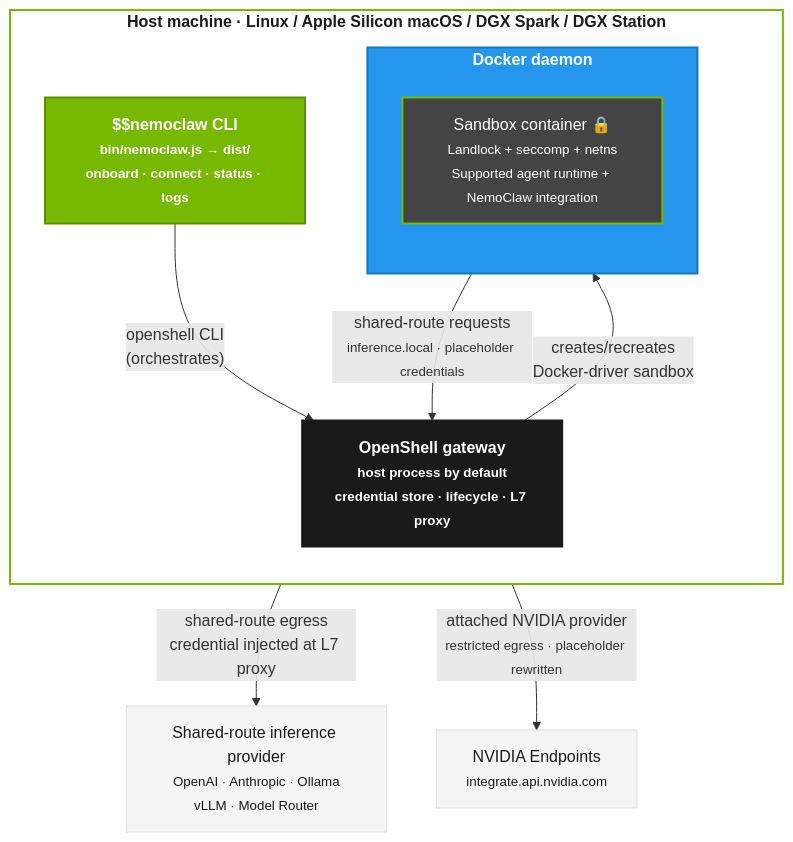
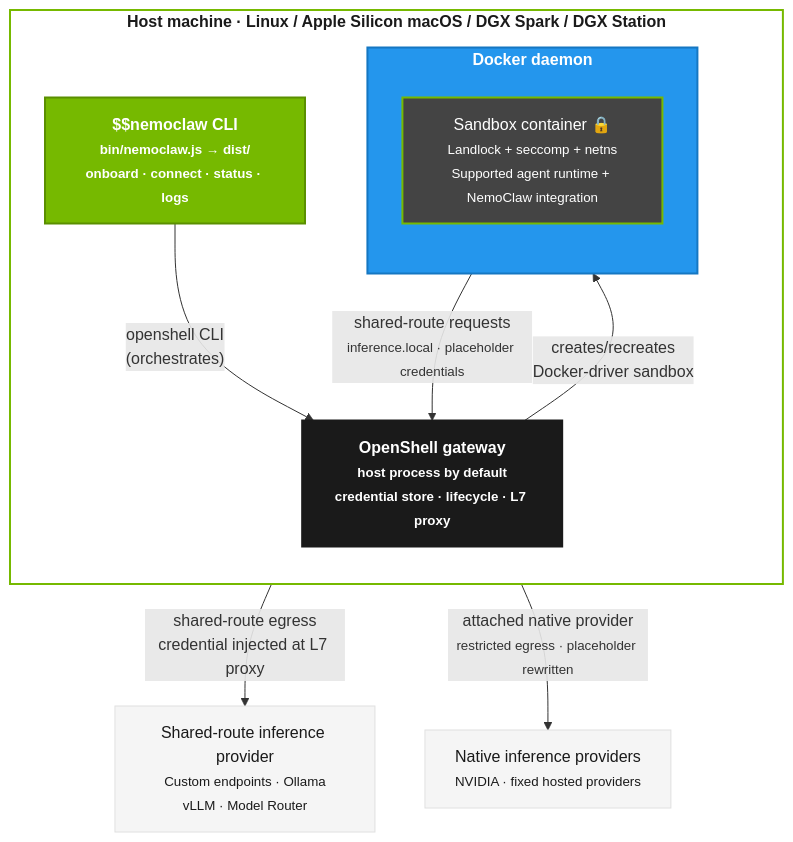
One commit to NVIDIA/NemoClaw changed the second of 3 diagrams in docs/reference/architecture.mdx. Above: the diagram before and after it, drawn with Mermaid. The commit also changed other lines of this file and 17 other files, not shown here.

Commit message:
fix(inference): restrict hosted qualification to trusted workflows

````diff
--- a/docs/reference/architecture.mdx
+++ b/docs/reference/architecture.mdx
@@ -154,34 +154,34 @@
 ```mermaid
 graph TB
     classDef host fill:#fff,stroke:#76b900,stroke-width:2px,color:#1a1a1a,font-weight:bold
     classDef cli fill:#76b900,stroke:#5a8f00,color:#fff,stroke-width:2px,font-weight:bold
     classDef docker fill:#2496ed,stroke:#1577c2,color:#fff,stroke-width:2px,font-weight:bold
     classDef gateway fill:#1a1a1a,stroke:#1a1a1a,color:#fff,stroke-width:2px,font-weight:bold
     classDef sandbox fill:#444,stroke:#76b900,color:#fff,stroke-width:2px
     classDef external fill:#f5f5f5,stroke:#e0e0e0,color:#1a1a1a,stroke-width:1px
 
     subgraph HOST["Host machine · Linux / Apple Silicon macOS / DGX Spark / DGX Station"]
         direction TB
         CLI["$$nemoclaw CLI<br/><small>bin/nemoclaw.js → dist/<br/>onboard · connect · status · logs</small>"]:::cli
         GW["OpenShell gateway<br/><small>host process by default<br/>credential store · lifecycle · L7 proxy</small>"]:::gateway
 
         subgraph DOCKER["Docker daemon"]
             direction TB
             SANDBOX["Sandbox container 🔒<br/><small>Landlock + seccomp + netns<br/>Supported agent runtime + NemoClaw integration</small>"]:::sandbox
         end
     end
 
-    SHARED_INFER["Shared-route inference provider<br/><small>OpenAI · Anthropic · Ollama<br/>vLLM · Model Router</small>"]:::external
-    NVIDIA_INFER["NVIDIA Endpoints<br/><small>integrate.api.nvidia.com</small>"]:::external
+    SHARED_INFER["Shared-route inference provider<br/><small>Custom endpoints · Ollama<br/>vLLM · Model Router</small>"]:::external
+    NVIDIA_INFER["Native inference providers<br/><small>NVIDIA · fixed hosted providers</small>"]:::external
 
     CLI -->|"openshell CLI<br/>(orchestrates)"| GW
     GW -->|"creates/recreates<br/>Docker-driver sandbox"| SANDBOX
     SANDBOX -->|"shared-route requests<br/><small>inference.local · placeholder credentials</small>"| GW
     GW -->|"shared-route egress<br/>credential injected at L7 proxy"| SHARED_INFER
-    SANDBOX -->|"attached NVIDIA provider<br/><small>restricted egress · placeholder rewritten</small>"| NVIDIA_INFER
+    SANDBOX -->|"attached native provider<br/><small>restricted egress · placeholder rewritten</small>"| NVIDIA_INFER
 
     class HOST host
     class DOCKER docker
     class GW gateway
     class SANDBOX sandbox
 ```
````
